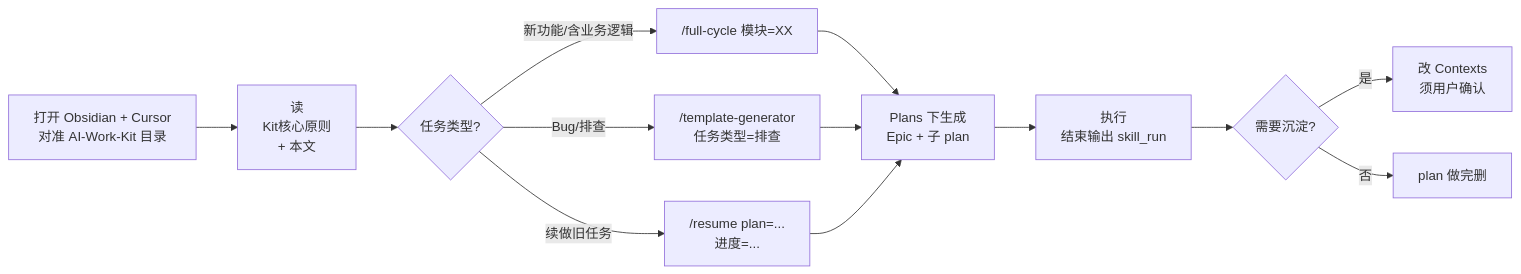
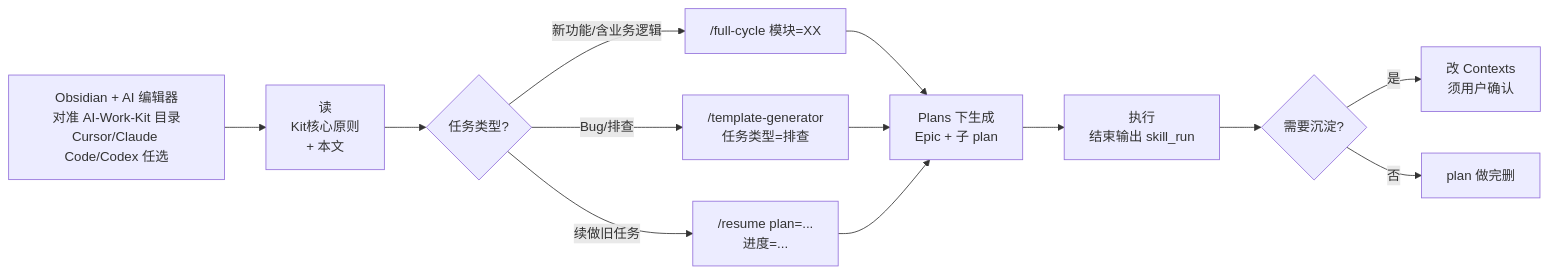
The first of 6 diagrams in Contexts/决策/新手引导与最佳实践.md (Wlx682/AI-Work-Kit), drawn with Mermaid before and after one commit. The commit also changed other lines of this file and 9 other files, not shown here.

````diff
--- a/Contexts/决策/新手引导与最佳实践.md
+++ b/Contexts/决策/新手引导与最佳实践.md
@@ -30,15 +84,15 @@
 ```mermaid
 flowchart LR
-    A[打开 Obsidian + Cursor<br/>对准 AI-Work-Kit 目录] --> B[读<br/>Kit核心原则<br/>+ 本文]
+    A[Obsidian + AI 编辑器<br/>对准 AI-Work-Kit 目录<br/>Cursor/Claude Code/Codex 任选] --> B[读<br/>Kit核心原则<br/>+ 本文]
     B --> C{任务类型?}
     C -->|新功能/含业务逻辑| D["/full-cycle 模块=XX"]
     C -->|Bug/排查| E["/template-generator<br/>任务类型=排查"]
     C -->|续做旧任务| F["/resume plan=...<br/>进度=..."]
     D --> G[Plans 下生成<br/>Epic + 子 plan]
     E --> G
     F --> G
     G --> H[执行<br/>结束输出 skill_run]
     H --> I{需要沉淀?}
     I -->|是| J[改 Contexts<br/>须用户确认]
     I -->|否| K[plan 做完删]
 ```
````
